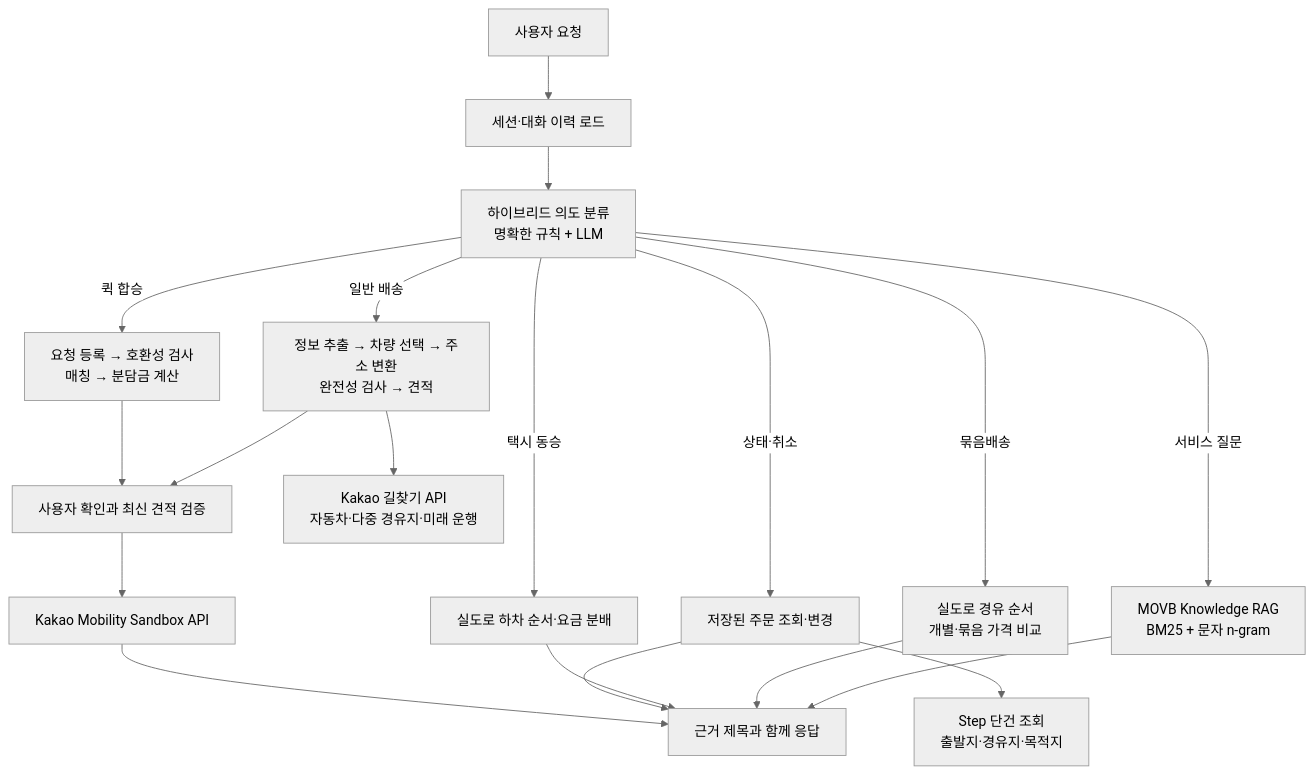
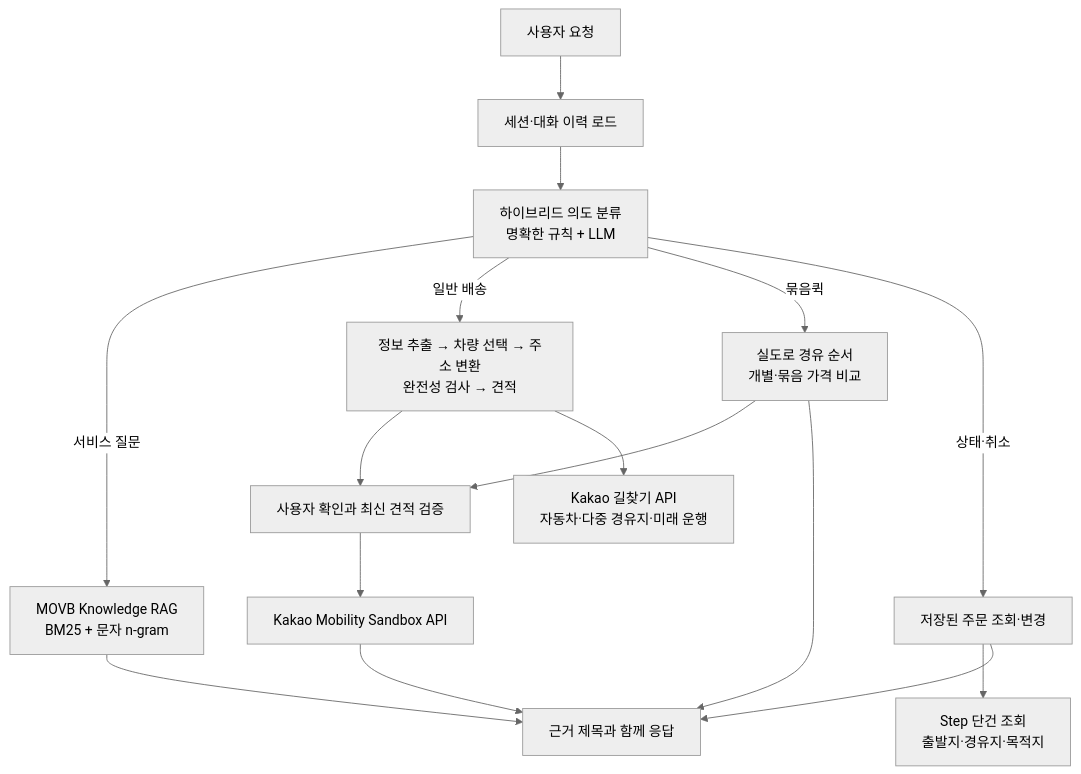
One commit to baek-seunghwan/ChatBot changed the diagram in README.md. Above: the diagram before and after it, drawn with Mermaid (neutral theme). The commit also changed other lines of this file and 30 other files, not shown here.

````diff
--- a/README.md
+++ b/README.md
@@ -30,24 +31,21 @@
 ```mermaid
 flowchart TD
     U["사용자 요청"] --> L["세션·대화 이력 로드"]
     L --> R["하이브리드 의도 분류<br/>명확한 규칙 + LLM"]
 
     R -->|서비스 질문| K["MOVB Knowledge RAG<br/>BM25 + 문자 n-gram"]
     R -->|일반 배송| D["정보 추출 → 차량 선택 → 주소 변환<br/>완전성 검사 → 견적"]
-    R -->|묶음배송| B["실도로 경유 순서<br/>개별·묶음 가격 비교"]
-    R -->|택시 동승| C["실도로 하차 순서·요금 분배"]
-    R -->|퀵 합승| P["요청 등록 → 호환성 검사<br/>매칭 → 분담금 계산"]
+    R -->|묶음퀵| B["실도로 경유 순서<br/>개별·묶음 가격 비교"]
     R -->|상태·취소| S["저장된 주문 조회·변경"]
 
     D --> H["사용자 확인과 최신 견적 검증"]
-    P --> H
+    B --> H
     H --> T["Kakao Mobility Sandbox API"]
     D --> N["Kakao 길찾기 API<br/>자동차·다중 경유지·미래 운행"]
     S --> V["Step 단건 조회<br/>출발지·경유지·목적지"]
 
     K --> O["근거 제목과 함께 응답"]
     B --> O
-    C --> O
     S --> O
     T --> O
 ```
````
